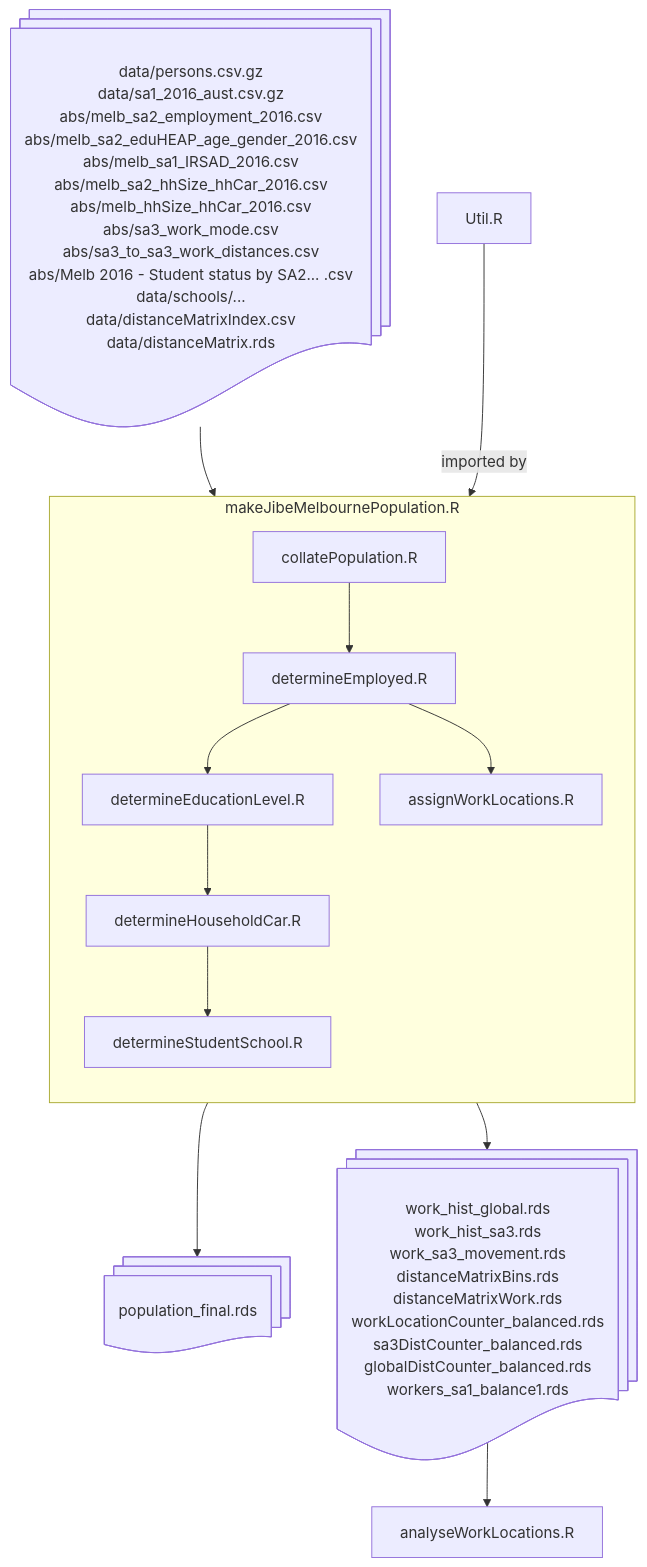
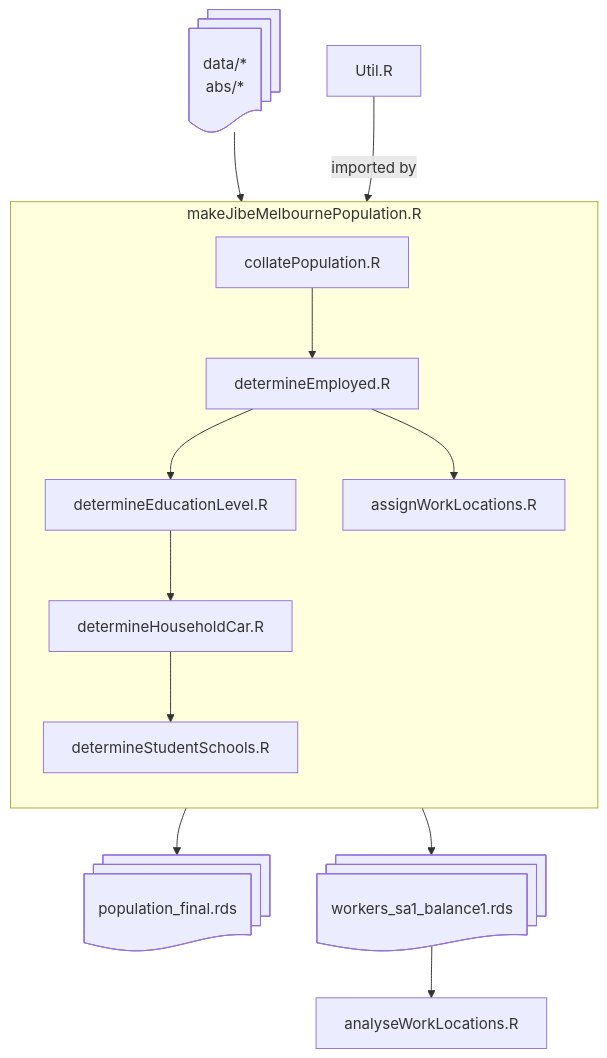
One commit to jibeproject/syntheticPopulationMelbourne changed the diagram in README.md. Above: the diagram before and after it, drawn with Mermaid. The commit also changed other lines of this file, not shown here.

````diff
--- a/README.md
+++ b/README.md
@@ -4,20 +4,20 @@
 ```mermaid
 flowchart TD
     subgraph makeJibeMelbournePopulation.R
         direction TB 
         collatePopulation.R -->
         determineEmployed.R -->
         determineEducationLevel.R -->
         determineHouseholdCar.R -->
-        determineStudentSchool.R
+        determineStudentSchools.R
         determineEmployed.R -->
         assignWorkLocations.R
     end
-    input@{ shape: docs, label: "data/persons.csv.gz\ndata/sa1_2016_aust.csv.gz\nabs/melb_sa2_employment_2016.csv\nabs/melb_sa2_eduHEAP_age_gender_2016.csv\nabs/melb_sa1_IRSAD_2016.csv\nabs/melb_sa2_hhSize_hhCar_2016.csv\nabs/melb_hhSize_hhCar_2016.csv\nabs/sa3_work_mode.csv\nabs/sa3_to_sa3_work_distances.csv\nabs/Melb 2016 - Student status by SA2... .csv\ndata/schools/...\ndata/distanceMatrixIndex.csv\ndata/distanceMatrix.rds"}--> makeJibeMelbournePopulation.R
+    input@{ shape: docs, label: "data/*\nabs/*\n"}--> makeJibeMelbournePopulation.R
     Util.R--imported by-->makeJibeMelbournePopulation.R
     makeJibeMelbournePopulation.R -->
     population@{ shape: docs, label: "population_final.rds"}
     makeJibeMelbournePopulation.R -->
-    workData@{ shape: docs, label: "work_hist_global.rds\nwork_hist_sa3.rds\nwork_sa3_movement.rds\ndistanceMatrixBins.rds\ndistanceMatrixWork.rds\nworkLocationCounter_balanced.rds\nsa3DistCounter_balanced.rds\nglobalDistCounter_balanced.rds\nworkers_sa1_balance1.rds"} -->
+    workData@{ shape: docs, label: "workers_sa1_balance1.rds"} -->
     analyseWorkLocations.R
 ```
````
